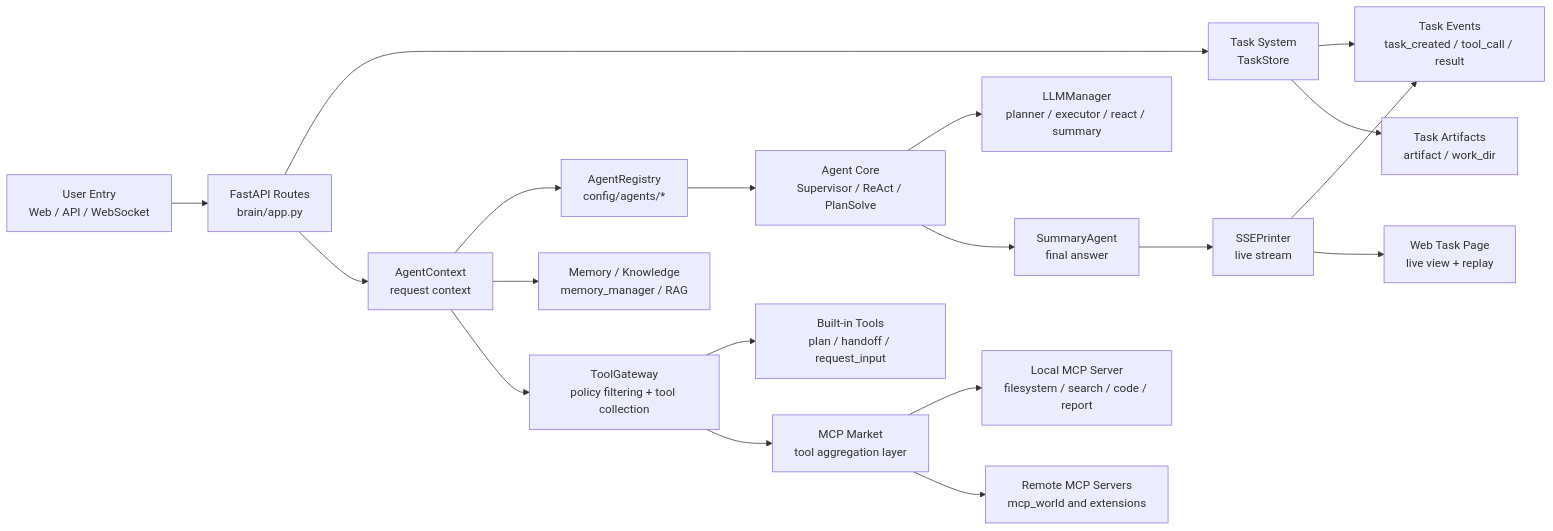
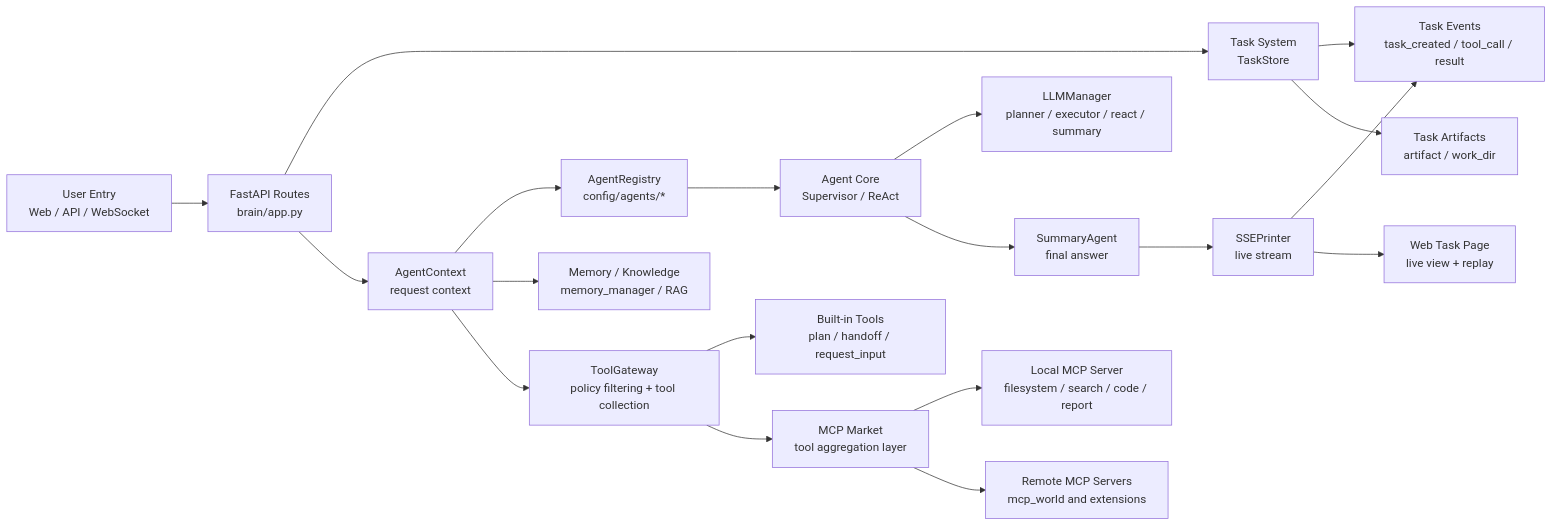
The first of 18 diagrams in README.md (youkuxiaobin/task-pilot-agent), drawn with Mermaid before and after one commit. The commit also changed other lines of this file and 30 other files, not shown here.

Commit message:
Remove legacy plan solve flow

````diff
--- a/README.md
+++ b/README.md
@@ -31,21 +31,21 @@
 ```mermaid
 flowchart LR
   User["User Entry<br/>Web / API / WebSocket"] --> API["FastAPI Routes<br/>brain/app.py"]
   API --> Task["Task System<br/>TaskStore"]
   Task --> Event["Task Events<br/>task_created / tool_call / result"]
   Task --> Artifact["Task Artifacts<br/>artifact / work_dir"]
   API --> Context["AgentContext<br/>request context"]
   Context --> Registry["AgentRegistry<br/>config/agents/*"]
   Context --> Memory["Memory / Knowledge<br/>memory_manager / RAG"]
   Context --> Gateway["ToolGateway<br/>policy filtering + tool collection"]
-  Registry --> Runtime["Agent Core<br/>Supervisor / ReAct / PlanSolve"]
+  Registry --> Runtime["Agent Core<br/>Supervisor / ReAct"]
   Gateway --> Builtin["Built-in Tools<br/>plan / handoff / request_input"]
   Gateway --> Market["MCP Market<br/>tool aggregation layer"]
   Market --> LocalMCP["Local MCP Server<br/>filesystem / search / code / report"]
   Market --> RemoteMCP["Remote MCP Servers<br/>mcp_world and extensions"]
   Runtime --> LLM["LLMManager<br/>planner / executor / react / summary"]
   Runtime --> Summary["SummaryAgent<br/>final answer"]
   Summary --> SSE["SSEPrinter<br/>live stream"]
   SSE --> Event
   SSE --> Web["Web Task Page<br/>live view + replay"]
 ```
````
